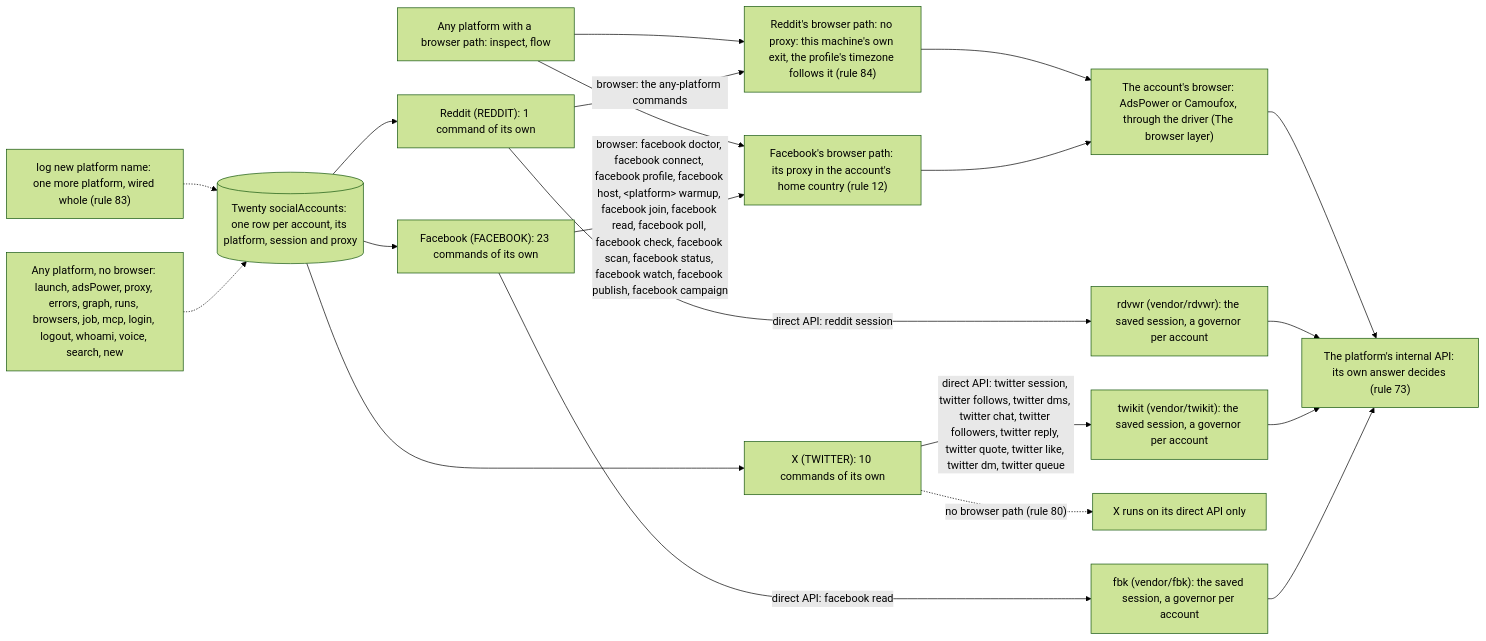
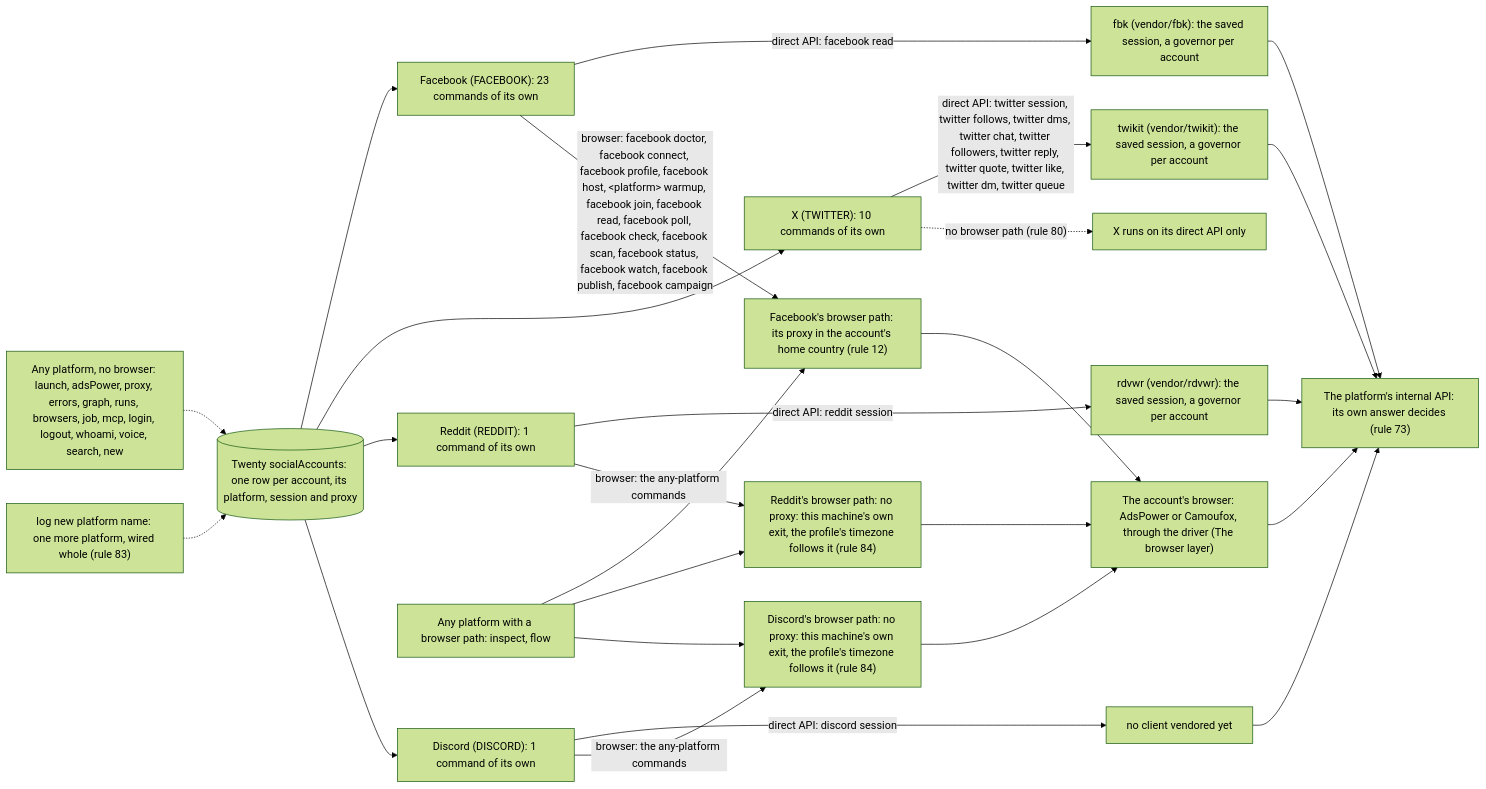
Before and after one commit to matthewdonsemail-lab/log: the diagram in docs/diagrams/platforms.mmd, drawn with Mermaid (forest theme). The commit also changed 28 other files, not shown here.

Commit message:
feat(discord): Discord as a platform, and log inspect records WebSocket frames

```diff
--- a/docs/diagrams/platforms.mmd
+++ b/docs/diagrams/platforms.mmd
@@ -1,30 +1,37 @@
 %% The platforms. log-cli is platform-agnostic: each platform is a row in `PLATFORMS` and `PLATFORM_SITES` (`src/cli/runner/helpers/platforms.ts`), with its direct-API client from `DIRECT_ROUTES` (`src/directApi/engine`) and its browser path, with or without a proxy. A new one is made by `log new platform <name>` (rule 83).
 %% Written by `bun run docs:build` from the code (rule 56). Not edited by hand.
 flowchart LR
   twenty[("Twenty socialAccounts: one row per account, its platform, session and proxy")]
   api["The platform's internal API: its own answer decides (rule 73)"]
   drivers["The account's browser: AdsPower or Camoufox, through the driver (The browser layer)"]
   p_facebook["Facebook (FACEBOOK): 23 commands of its own"]
   twenty --> p_facebook
   p_facebook -->|"direct API: facebook read"| e_fbk["fbk (vendor/fbk): the saved session, a governor per account"]
   e_fbk --> api
   p_facebook -->|"browser: facebook doctor, facebook connect, facebook profile, facebook host, #lt;platform#gt; warmup, facebook join, facebook read, facebook poll, facebook check, facebook scan, facebook status, facebook watch, facebook publish, facebook campaign"| b_facebook["Facebook's browser path: its proxy in the account's home country (rule 12)"]
   b_facebook --> drivers
   p_twitter["X (TWITTER): 10 commands of its own"]
   twenty --> p_twitter
   p_twitter -->|"direct API: twitter session, twitter follows, twitter dms, twitter chat, twitter followers, twitter reply, twitter quote, twitter like, twitter dm, twitter queue"| e_twikit["twikit (vendor/twikit): the saved session, a governor per account"]
   e_twikit --> api
   p_twitter -.->|"no browser path (rule 80)"| nob_twitter["X runs on its direct API only"]
   p_reddit["Reddit (REDDIT): 1 command of its own"]
   twenty --> p_reddit
   p_reddit -->|"direct API: reddit session"| e_rdvwr["rdvwr (vendor/rdvwr): the saved session, a governor per account"]
   e_rdvwr --> api
   p_reddit -->|"browser: the any-platform commands"| b_reddit["Reddit's browser path: no proxy: this machine's own exit, the profile's timezone follows it (rule 84)"]
   b_reddit --> drivers
+  p_discord["Discord (DISCORD): 1 command of its own"]
+  twenty --> p_discord
+  p_discord -->|"direct API: discord session"| e_no_client_vendored_yet["no client vendored yet"]
+  e_no_client_vendored_yet --> api
+  p_discord -->|"browser: the any-platform commands"| b_discord["Discord's browser path: no proxy: this machine's own exit, the profile's timezone follows it (rule 84)"]
+  b_discord --> drivers
   anyB["Any platform with a browser path: inspect, flow"]
   anyB --> b_facebook
   anyB --> b_reddit
+  anyB --> b_discord
   anyN["Any platform, no browser: launch, adsPower, proxy, errors, graph, runs, browsers, job, mcp, login, logout, whoami, voice, search, new"]
   anyN -.-> twenty
   newP["log new platform name: one more platform, wired whole (rule 83)"] -.-> twenty
   drivers --> api
```
